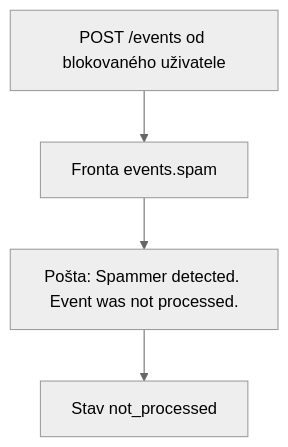
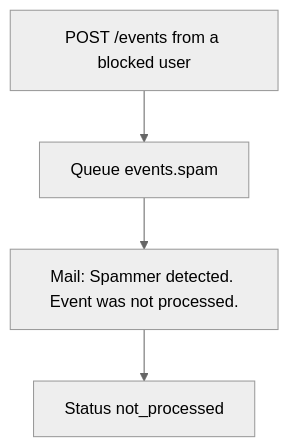
Before and after one commit to matpet00/Demo_project: the third of 5 diagrams in FLOW.md, drawn with Mermaid (neutral theme). The commit also changed other lines of this file, not shown here.

First line of the commit message:
Write the flow document in English and show additional_info as an object.

````diff
--- a/FLOW.md
+++ b/FLOW.md
@@ -117,6 +120,6 @@
 ```mermaid
 flowchart TD
-    call["POST /events od blokovaného uživatele"] --> queue["Fronta events.spam"]
-    queue --> mail["Pošta: Spammer detected. Event was not processed."]
-    mail --> status["Stav not_processed"]
+    call["POST /events from a blocked user"] --> queue["Queue events.spam"]
+    queue --> mail["Mail: Spammer detected. Event was not processed."]
+    mail --> status["Status not_processed"]
 ```
````
